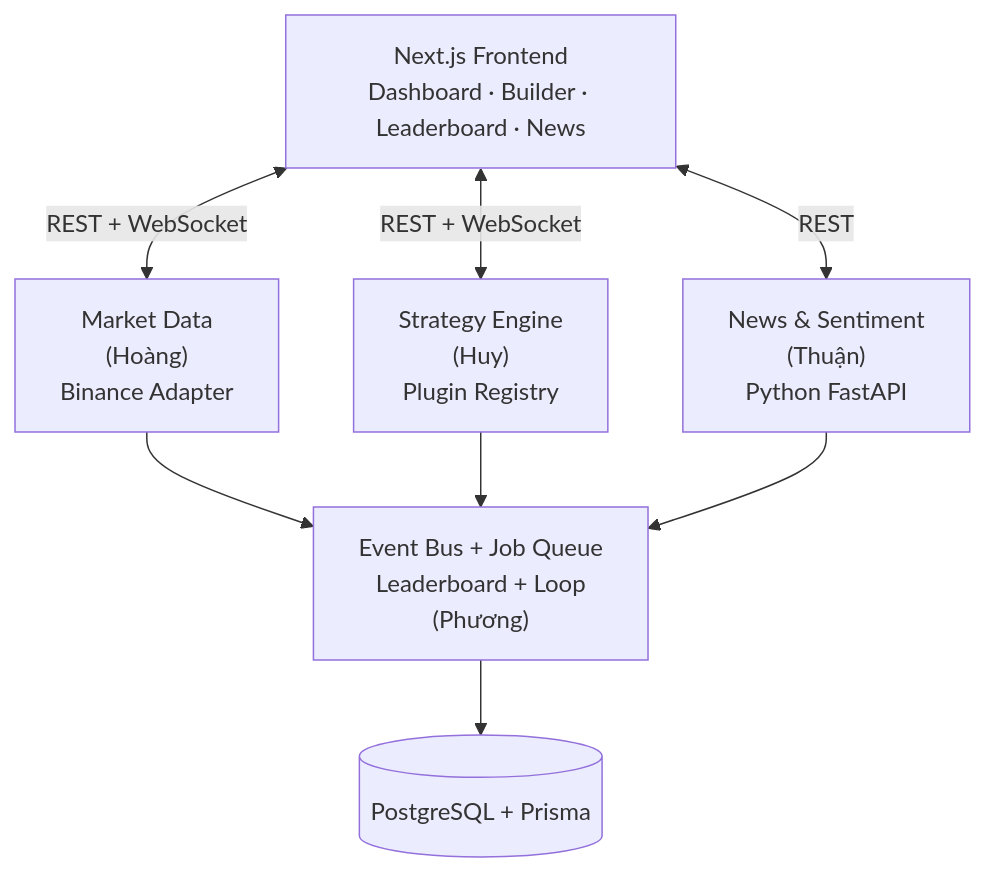
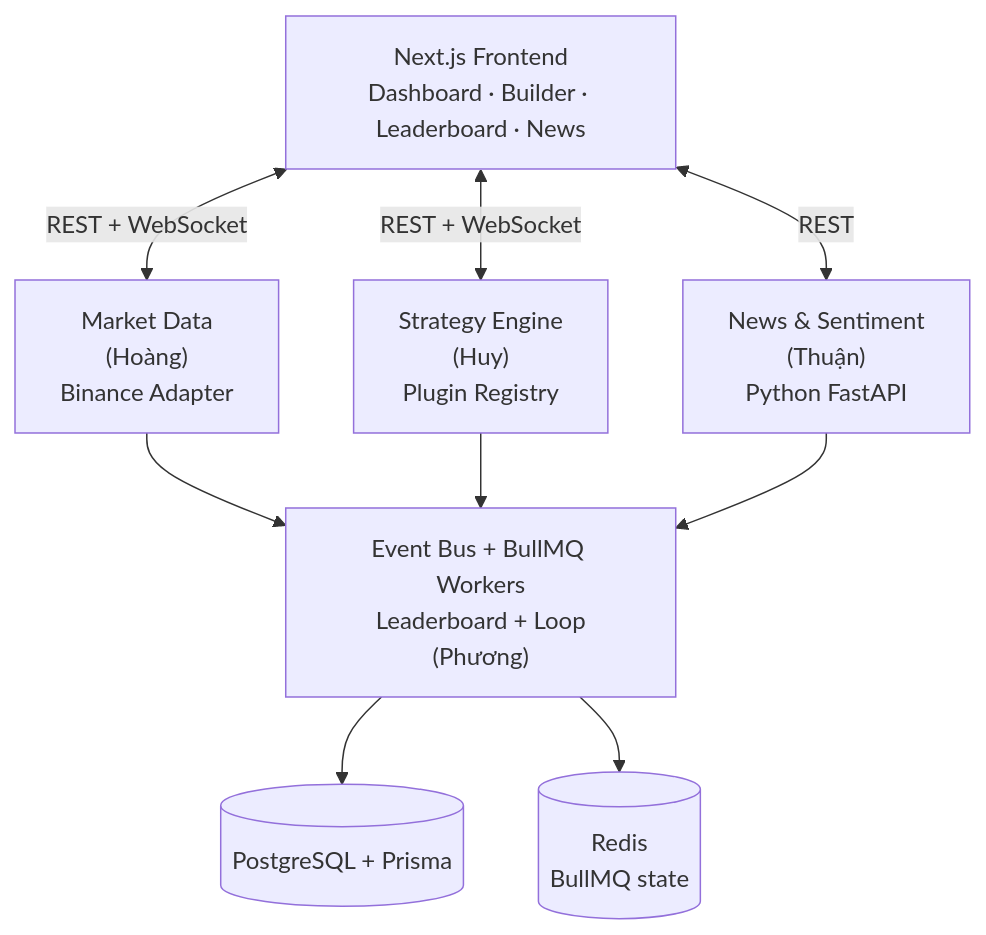
One commit to Hoang105205/Crypto-Strategy-Lab changed the diagram in kb/ARCHITECTURE.md. Above: the diagram before and after it, drawn with Mermaid. The commit also changed other lines of this file and 33 other files, not shown here.

Commit message:
doc: update job queue using bullmq/redis

````diff
--- a/kb/ARCHITECTURE.md
+++ b/kb/ARCHITECTURE.md
@@ -13,16 +13,18 @@
 ```mermaid
 graph TD
   FE["Next.js Frontend<br/>Dashboard · Builder · Leaderboard · News"]
   MD["Market Data<br/>(Hoàng)<br/>Binance Adapter"]
   SE["Strategy Engine<br/>(Huy)<br/>Plugin Registry"]
   NW["News & Sentiment<br/>(Thuận)<br/>Python FastAPI"]
-  INF["Event Bus + Job Queue<br/>Leaderboard + Loop<br/>(Phương)"]
+  INF["Event Bus + BullMQ Workers<br/>Leaderboard + Loop<br/>(Phương)"]
+  REDIS[("Redis<br/>BullMQ state")]
   DB[("PostgreSQL + Prisma")]
   FE <-->|REST + WebSocket| MD
   FE <-->|REST + WebSocket| SE
   FE <-->|REST| NW
   MD --> INF
   SE --> INF
   NW --> INF
   INF --> DB
+  INF --> REDIS
 ```
````
